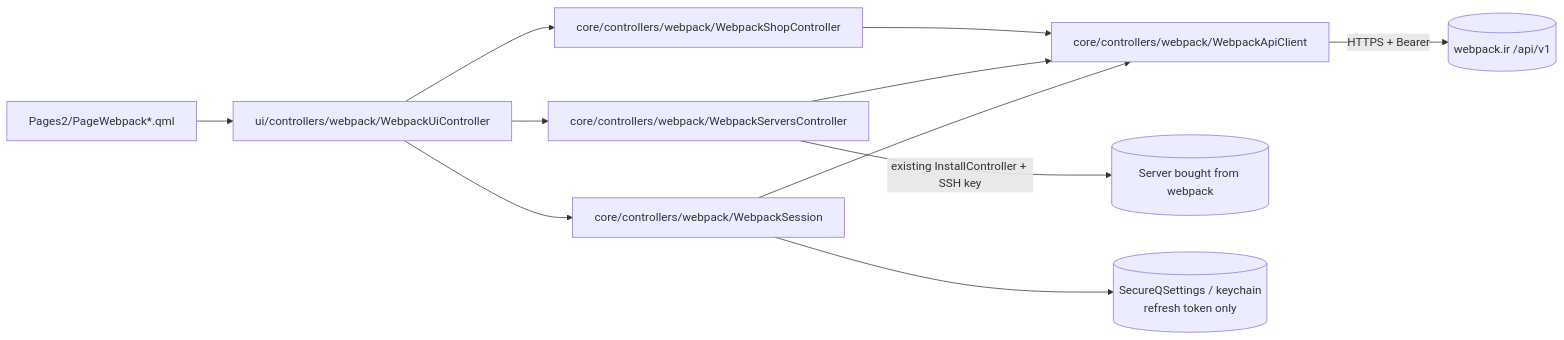
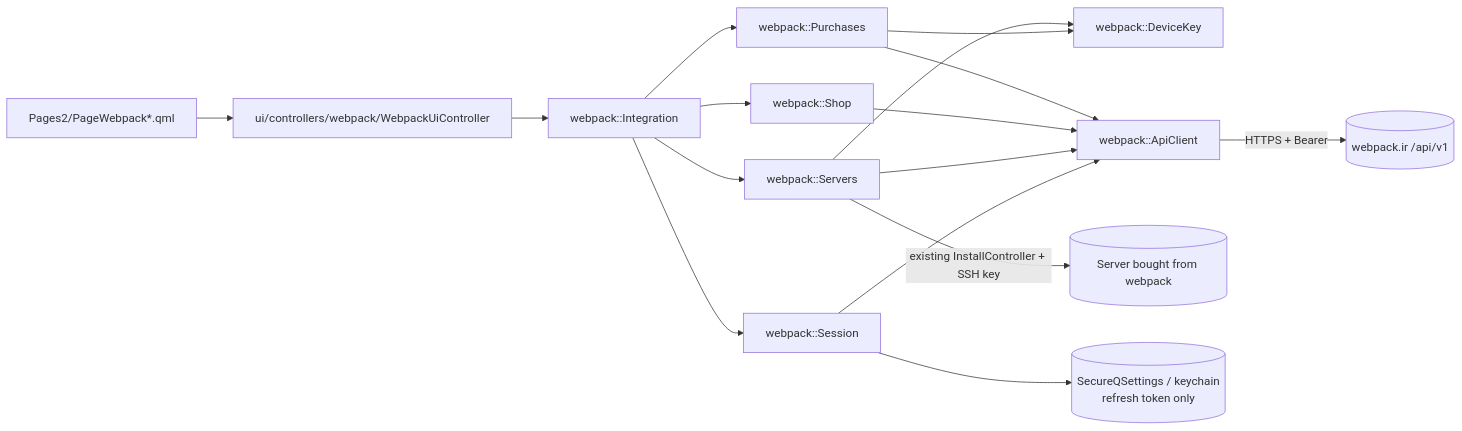
One commit to Iranux-Master/CoCo-VPN changed the diagram in docs/integration/WEBPACK.md. Above: the diagram before and after it, drawn with Mermaid. The commit also changed other lines of this file and 25 other files, not shown here.

First line of the commit message:
Add webpack shop and servers pages and wire them into Add Server

````diff
--- a/docs/integration/WEBPACK.md
+++ b/docs/integration/WEBPACK.md
@@ -53,13 +55,18 @@
 ```mermaid
 flowchart LR
   QML[Pages2/PageWebpack*.qml] --> UI[ui/controllers/webpack/WebpackUiController]
-  UI --> AUTH[core/controllers/webpack/WebpackSession]
-  UI --> SRV[core/controllers/webpack/WebpackServersController]
-  UI --> SHOP[core/controllers/webpack/WebpackShopController]
-  AUTH --> API[core/controllers/webpack/WebpackApiClient]
+  UI --> INT[webpack::Integration]
+  INT --> AUTH[webpack::Session]
+  INT --> SRV[webpack::Servers]
+  INT --> SHOP[webpack::Shop]
+  INT --> BUY[webpack::Purchases]
+  BUY --> KEY[webpack::DeviceKey]
+  SRV --> KEY
+  AUTH --> API[webpack::ApiClient]
   SRV --> API
   SHOP --> API
+  BUY --> API
   API -->|HTTPS + Bearer| WP[(webpack.ir /api/v1)]
   SRV -->|existing InstallController + SSH key| VPS[(Server bought from webpack)]
   AUTH --> KC[(SecureQSettings / keychain<br/>refresh token only)]
 ```
````
